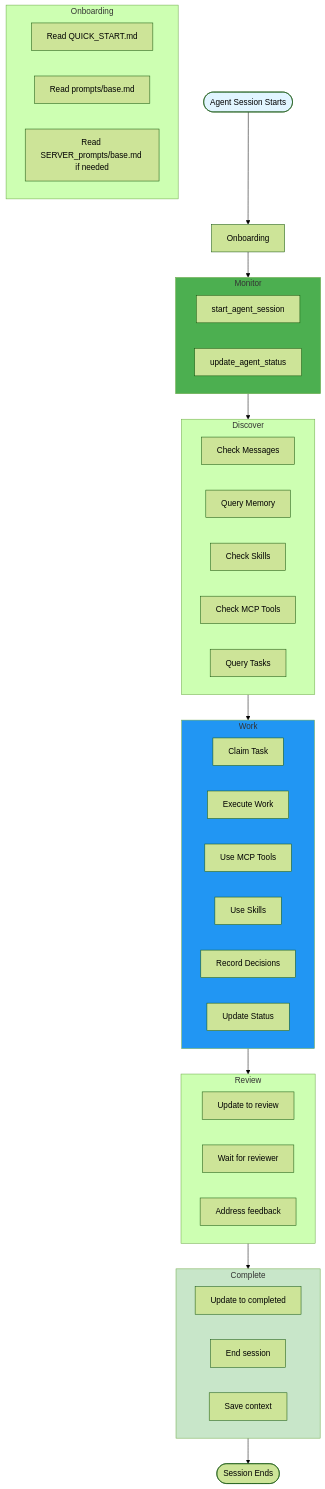
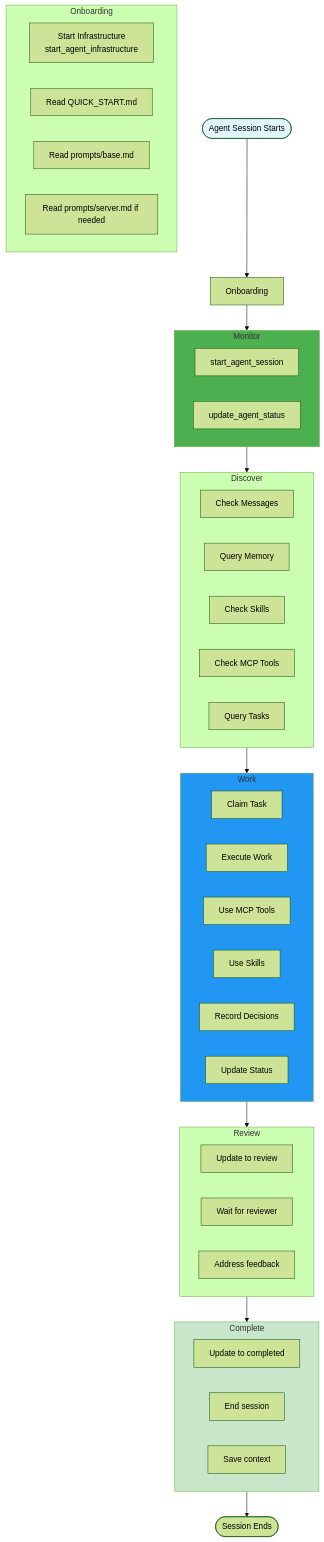
One commit to unarmedpuppy/homelab-ai changed diagram 19 of 20 in agents/docs/COMPLETE_SYSTEM_VISUALIZATION.md. Above: the diagram before and after it, drawn with Mermaid (forest theme). The commit also changed other lines of this file and 143 other files, not shown here.

````diff
--- a/agents/docs/COMPLETE_SYSTEM_VISUALIZATION.md
+++ b/agents/docs/COMPLETE_SYSTEM_VISUALIZATION.md
@@ -778,61 +836,62 @@
 ```mermaid
 flowchart TB
     Start([Agent Session Starts]) --> Onboard[Onboarding]
     
     subgraph Onboarding
+        O0[Start Infrastructure<br/>start_agent_infrastructure]
         O1[Read QUICK_START.md]
         O2[Read prompts/base.md]
-        O3[Read SERVER_prompts/base.md if needed]
+        O3[Read prompts/server.md if needed]
     end
     
     Onboard --> Monitor[Start Monitoring]
     
     subgraph Monitor
         M1[start_agent_session]
         M2[update_agent_status]
     end
     
     Monitor --> Discover[Discovery Phase]
     
     subgraph Discover
         D1[Check Messages]
         D2[Query Memory]
         D3[Check Skills]
         D4[Check MCP Tools]
         D5[Query Tasks]
     end
     
     Discover --> Work[Work Phase]
     
     subgraph Work
         W1[Claim Task]
         W2[Execute Work]
         W3[Use MCP Tools]
         W4[Use Skills]
         W5[Record Decisions]
         W6[Update Status]
     end
     
     Work --> Review[Review Phase]
     
     subgraph Review
         R1[Update to review]
         R2[Wait for reviewer]
         R3[Address feedback]
     end
     
     Review --> Complete[Complete]
     
     subgraph Complete
         C1[Update to completed]
         C2[End session]
         C3[Save context]
     end
     
     Complete --> End([Session Ends])
     
     style Start fill:#e1f5ff
     style Monitor fill:#4caf50
     style Work fill:#2196f3
     style Complete fill:#c8e6c9
 ```
````
